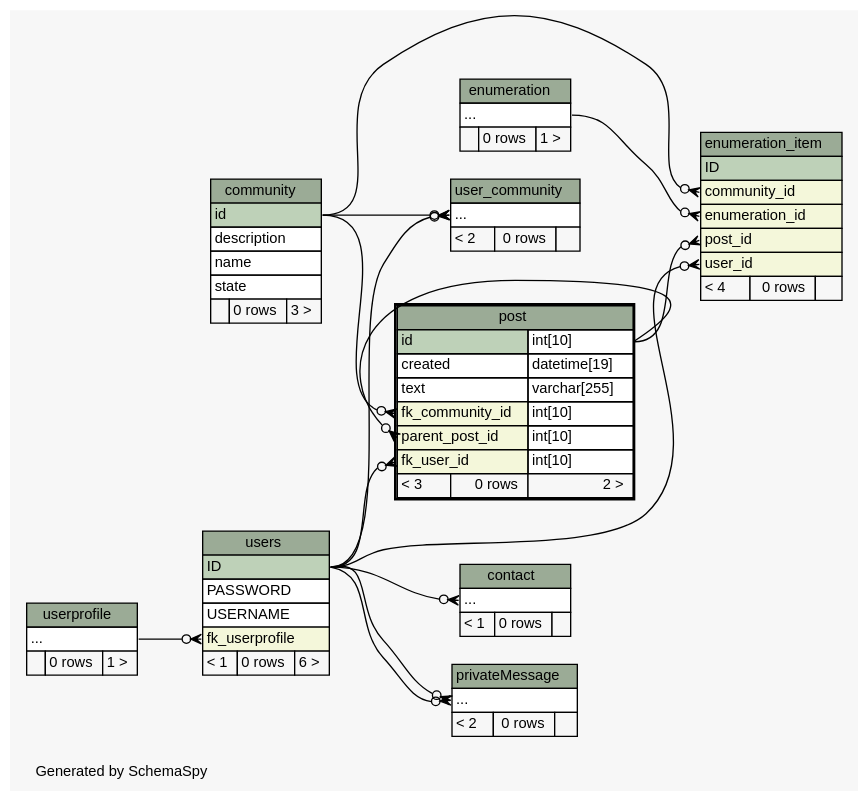
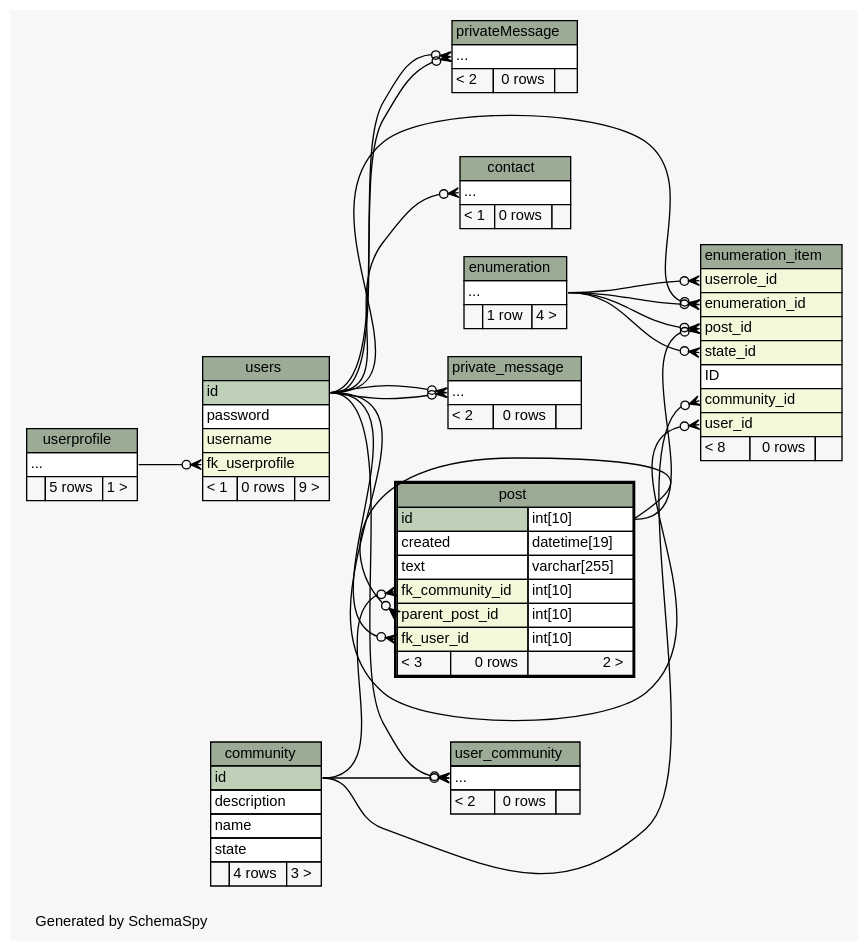
The diagram in doc/db_schema/diagrams/post.2degrees.dot (chr-krenn/chr-krenn-fhj-ws2017-sd17-pse), drawn with Graphviz before and after one commit. The commit also changed 68 other files, not shown here.

Commit message:
update database schema documentation

```diff
--- a/doc/db_schema/diagrams/post.2degrees.dot
+++ b/doc/db_schema/diagrams/post.2degrees.dot
@@ -1,140 +1,158 @@
 // dot 2.40.1 on Linux 4.12.5-300.fc26.x86_64
 // SchemaSpy rev 590
 digraph "twoDegreesRelationshipsDiagram" {
   graph [
     rankdir="RL"
     bgcolor="#f7f7f7"
     label="\nGenerated by SchemaSpy"
     labeljust="l"
     nodesep="0.18"
     ranksep="0.46"
     fontname="Helvetica"
     fontsize="11"
   ];
   node [
     fontname="Helvetica"
     fontsize="11"
     shape="plaintext"
   ];
   edge [
     arrowsize="0.8"
   ];
-  "contact":"elipses":w -> "users":"ID":e [arrowhead=none dir=back arrowtail=crowodot];
+  "contact":"elipses":w -> "users":"id":e [arrowhead=none dir=back arrowtail=crowodot];
   "enumeration_item":"community_id":w -> "community":"id":e [arrowhead=none dir=back arrowtail=crowodot];
   "enumeration_item":"enumeration_id":w -> "enumeration":"elipses":e [arrowhead=none dir=back arrowtail=crowodot];
+  "enumeration_item":"enumeration_id":w -> "users":"id":e [arrowhead=none dir=back arrowtail=crowodot];
+  "enumeration_item":"post_id":w -> "enumeration":"elipses":e [arrowhead=none dir=back arrowtail=crowodot];
   "enumeration_item":"post_id":w -> "post":"id.type":e [arrowhead=none dir=back arrowtail=crowodot];
-  "enumeration_item":"user_id":w -> "users":"ID":e [arrowhead=none dir=back arrowtail=crowodot];
+  "enumeration_item":"state_id":w -> "enumeration":"elipses":e [arrowhead=none dir=back arrowtail=crowodot];
+  "enumeration_item":"user_id":w -> "users":"id":e [arrowhead=none dir=back arrowtail=crowodot];
+  "enumeration_item":"userrole_id":w -> "enumeration":"elipses":e [arrowhead=none dir=back arrowtail=crowodot];
   "post":"fk_community_id":w -> "community":"id":e [arrowhead=none dir=back arrowtail=crowodot];
-  "post":"fk_user_id":w -> "users":"ID":e [arrowhead=none dir=back arrowtail=crowodot];
+  "post":"fk_user_id":w -> "users":"id":e [arrowhead=none dir=back arrowtail=crowodot];
   "post":"parent_post_id":w -> "post":"id.type":e [arrowhead=none dir=back arrowtail=crowodot];
-  "privateMessage":"elipses":w -> "users":"ID":e [arrowhead=none dir=back arrowtail=crowodot];
-  "privateMessage":"elipses":w -> "users":"ID":e [arrowhead=none dir=back arrowtail=crowodot];
-  "user_community":"elipses":w -> "users":"ID":e [arrowhead=none dir=back arrowtail=crowodot];
+  "private_message":"elipses":w -> "users":"id":e [arrowhead=none dir=back arrowtail=crowodot];
+  "private_message":"elipses":w -> "users":"id":e [arrowhead=none dir=back arrowtail=crowodot];
+  "privateMessage":"elipses":w -> "users":"id":e [arrowhead=none dir=back arrowtail=crowodot];
+  "privateMessage":"elipses":w -> "users":"id":e [arrowhead=none dir=back arrowtail=crowodot];
+  "user_community":"elipses":w -> "users":"id":e [arrowhead=none dir=back arrowtail=crowodot];
   "user_community":"elipses":w -> "community":"id":e [arrowhead=none dir=back arrowtail=crowodot];
   "users":"fk_userprofile":w -> "userprofile":"elipses":e [arrowhead=none dir=back arrowtail=crowodot];
   "community" [
     label=<
     <TABLE BORDER="0" CELLBORDER="1" CELLSPACING="0" BGCOLOR="#ffffff">
       <TR><TD COLSPAN="3" BGCOLOR="#9bab96" ALIGN="CENTER">community</TD></TR>
       <TR><TD PORT="id" COLSPAN="3" BGCOLOR="#bed1b8" ALIGN="LEFT">id</TD></TR>
       <TR><TD PORT="description" COLSPAN="3" ALIGN="LEFT">description</TD></TR>
       <TR><TD PORT="name" COLSPAN="3" ALIGN="LEFT">name</TD></TR>
       <TR><TD PORT="state" COLSPAN="3" ALIGN="LEFT">state</TD></TR>
-      <TR><TD ALIGN="LEFT" BGCOLOR="#f7f7f7">  </TD><TD ALIGN="RIGHT" BGCOLOR="#f7f7f7">0 rows</TD><TD ALIGN="RIGHT" BGCOLOR="#f7f7f7">3 &gt;</TD></TR>
+      <TR><TD ALIGN="LEFT" BGCOLOR="#f7f7f7">  </TD><TD ALIGN="RIGHT" BGCOLOR="#f7f7f7">4 rows</TD><TD ALIGN="RIGHT" BGCOLOR="#f7f7f7">3 &gt;</TD></TR>
     </TABLE>>
     URL="community.html"
     tooltip="community"
   ];
   "contact" [
     label=<
     <TABLE BORDER="0" CELLBORDER="1" CELLSPACING="0" BGCOLOR="#ffffff">
       <TR><TD COLSPAN="3" BGCOLOR="#9bab96" ALIGN="CENTER">contact</TD></TR>
       <TR><TD PORT="elipses" COLSPAN="3" ALIGN="LEFT">...</TD></TR>
       <TR><TD ALIGN="LEFT" BGCOLOR="#f7f7f7">&lt; 1</TD><TD ALIGN="RIGHT" BGCOLOR="#f7f7f7">0 rows</TD><TD ALIGN="RIGHT" BGCOLOR="#f7f7f7">  </TD></TR>
     </TABLE>>
     URL="contact.html"
     tooltip="contact"
   ];
   "enumeration" [
     label=<
     <TABLE BORDER="0" CELLBORDER="1" CELLSPACING="0" BGCOLOR="#ffffff">
       <TR><TD COLSPAN="3" BGCOLOR="#9bab96" ALIGN="CENTER">enumeration</TD></TR>
       <TR><TD PORT="elipses" COLSPAN="3" ALIGN="LEFT">...</TD></TR>
-      <TR><TD ALIGN="LEFT" BGCOLOR="#f7f7f7">  </TD><TD ALIGN="RIGHT" BGCOLOR="#f7f7f7">0 rows</TD><TD ALIGN="RIGHT" BGCOLOR="#f7f7f7">1 &gt;</TD></TR>
+      <TR><TD ALIGN="LEFT" BGCOLOR="#f7f7f7">  </TD><TD ALIGN="RIGHT" BGCOLOR="#f7f7f7">1 row</TD><TD ALIGN="RIGHT" BGCOLOR="#f7f7f7">4 &gt;</TD></TR>
     </TABLE>>
     URL="enumeration.html"
     tooltip="enumeration"
   ];
   "enumeration_item" [
     label=<
     <TABLE BORDER="0" CELLBORDER="1" CELLSPACING="0" BGCOLOR="#ffffff">
       <TR><TD COLSPAN="3" BGCOLOR="#9bab96" ALIGN="CENTER">enumeration_item</TD></TR>
-      <TR><TD PORT="ID" COLSPAN="3" BGCOLOR="#bed1b8" ALIGN="LEFT">ID</TD></TR>
-      <TR><TD PORT="community_id" COLSPAN="3" BGCOLOR="#f4f7da" ALIGN="LEFT">community_id</TD></TR>
+      <TR><TD PORT="userrole_id" COLSPAN="3" BGCOLOR="#f4f7da" ALIGN="LEFT">userrole_id</TD></TR>
       <TR><TD PORT="enumeration_id" COLSPAN="3" BGCOLOR="#f4f7da" ALIGN="LEFT">enumeration_id</TD></TR>
       <TR><TD PORT="post_id" COLSPAN="3" BGCOLOR="#f4f7da" ALIGN="LEFT">post_id</TD></TR>
+      <TR><TD PORT="state_id" COLSPAN="3" BGCOLOR="#f4f7da" ALIGN="LEFT">state_id</TD></TR>
+      <TR><TD PORT="ID" COLSPAN="3" ALIGN="LEFT">ID</TD></TR>
+      <TR><TD PORT="community_id" COLSPAN="3" BGCOLOR="#f4f7da" ALIGN="LEFT">community_id</TD></TR>
       <TR><TD PORT="user_id" COLSPAN="3" BGCOLOR="#f4f7da" ALIGN="LEFT">user_id</TD></TR>
-      <TR><TD ALIGN="LEFT" BGCOLOR="#f7f7f7">&lt; 4</TD><TD ALIGN="RIGHT" BGCOLOR="#f7f7f7">0 rows</TD><TD ALIGN="RIGHT" BGCOLOR="#f7f7f7">  </TD></TR>
+      <TR><TD ALIGN="LEFT" BGCOLOR="#f7f7f7">&lt; 8</TD><TD ALIGN="RIGHT" BGCOLOR="#f7f7f7">0 rows</TD><TD ALIGN="RIGHT" BGCOLOR="#f7f7f7">  </TD></TR>
     </TABLE>>
     URL="enumeration_item.html"
     tooltip="enumeration_item"
   ];
   "post" [
     label=<
     <TABLE BORDER="2" CELLBORDER="1" CELLSPACING="0" BGCOLOR="#ffffff">
       <TR><TD COLSPAN="3" BGCOLOR="#9bab96" ALIGN="CENTER">post</TD></TR>
       <TR><TD PORT="id" COLSPAN="2" BGCOLOR="#bed1b8" ALIGN="LEFT">id</TD><TD PORT="id.type" ALIGN="LEFT">int[10]</TD></TR>
       <TR><TD PORT="created" COLSPAN="2" ALIGN="LEFT">created</TD><TD PORT="created.type" ALIGN="LEFT">datetime[19]</TD></TR>
       <TR><TD PORT="text" COLSPAN="2" ALIGN="LEFT">text</TD><TD PORT="text.type" ALIGN="LEFT">varchar[255]</TD></TR>
       <TR><TD PORT="fk_community_id" COLSPAN="2" BGCOLOR="#f4f7da" ALIGN="LEFT">fk_community_id</TD><TD PORT="fk_community_id.type" ALIGN="LEFT">int[10]</TD></TR>
       <TR><TD PORT="parent_post_id" COLSPAN="2" BGCOLOR="#f4f7da" ALIGN="LEFT">parent_post_id</TD><TD PORT="parent_post_id.type" ALIGN="LEFT">int[10]</TD></TR>
       <TR><TD PORT="fk_user_id" COLSPAN="2" BGCOLOR="#f4f7da" ALIGN="LEFT">fk_user_id</TD><TD PORT="fk_user_id.type" ALIGN="LEFT">int[10]</TD></TR>
       <TR><TD ALIGN="LEFT" BGCOLOR="#f7f7f7">&lt; 3</TD><TD ALIGN="RIGHT" BGCOLOR="#f7f7f7">0 rows</TD><TD ALIGN="RIGHT" BGCOLOR="#f7f7f7">2 &gt;</TD></TR>
     </TABLE>>
     URL="post.html"
     tooltip="post"
+  ];
+  "private_message" [
+    label=<
+    <TABLE BORDER="0" CELLBORDER="1" CELLSPACING="0" BGCOLOR="#ffffff">
+      <TR><TD COLSPAN="3" BGCOLOR="#9bab96" ALIGN="CENTER">private_message</TD></TR>
+      <TR><TD PORT="elipses" COLSPAN="3" ALIGN="LEFT">...</TD></TR>
+      <TR><TD ALIGN="LEFT" BGCOLOR="#f7f7f7">&lt; 2</TD><TD ALIGN="RIGHT" BGCOLOR="#f7f7f7">0 rows</TD><TD ALIGN="RIGHT" BGCOLOR="#f7f7f7">  </TD></TR>
+    </TABLE>>
+    URL="private_message.html"
+    tooltip="private_message"
   ];
   "privateMessage" [
     label=<
     <TABLE BORDER="0" CELLBORDER="1" CELLSPACING="0" BGCOLOR="#ffffff">
       <TR><TD COLSPAN="3" BGCOLOR="#9bab96" ALIGN="CENTER">privateMessage</TD></TR>
       <TR><TD PORT="elipses" COLSPAN="3" ALIGN="LEFT">...</TD></TR>
       <TR><TD ALIGN="LEFT" BGCOLOR="#f7f7f7">&lt; 2</TD><TD ALIGN="RIGHT" BGCOLOR="#f7f7f7">0 rows</TD><TD ALIGN="RIGHT" BGCOLOR="#f7f7f7">  </TD></TR>
     </TABLE>>
     URL="privateMessage.html"
     tooltip="privateMessage"
   ];
   "user_community" [
     label=<
     <TABLE BORDER="0" CELLBORDER="1" CELLSPACING="0" BGCOLOR="#ffffff">
       <TR><TD COLSPAN="3" BGCOLOR="#9bab96" ALIGN="CENTER">user_community</TD></TR>
       <TR><TD PORT="elipses" COLSPAN="3" ALIGN="LEFT">...</TD></TR>
       <TR><TD ALIGN="LEFT" BGCOLOR="#f7f7f7">&lt; 2</TD><TD ALIGN="RIGHT" BGCOLOR="#f7f7f7">0 rows</TD><TD ALIGN="RIGHT" BGCOLOR="#f7f7f7">  </TD></TR>
     </TABLE>>
     URL="user_community.html"
     tooltip="user_community"
   ];
   "userprofile" [
     label=<
     <TABLE BORDER="0" CELLBORDER="1" CELLSPACING="0" BGCOLOR="#ffffff">
       <TR><TD COLSPAN="3" BGCOLOR="#9bab96" ALIGN="CENTER">userprofile</TD></TR>
       <TR><TD PORT="elipses" COLSPAN="3" ALIGN="LEFT">...</TD></TR>
-      <TR><TD ALIGN="LEFT" BGCOLOR="#f7f7f7">  </TD><TD ALIGN="RIGHT" BGCOLOR="#f7f7f7">0 rows</TD><TD ALIGN="RIGHT" BGCOLOR="#f7f7f7">1 &gt;</TD></TR>
+      <TR><TD ALIGN="LEFT" BGCOLOR="#f7f7f7">  </TD><TD ALIGN="RIGHT" BGCOLOR="#f7f7f7">5 rows</TD><TD ALIGN="RIGHT" BGCOLOR="#f7f7f7">1 &gt;</TD></TR>
     </TABLE>>
     URL="userprofile.html"
     tooltip="userprofile"
   ];
   "users" [
     label=<
     <TABLE BORDER="0" CELLBORDER="1" CELLSPACING="0" BGCOLOR="#ffffff">
       <TR><TD COLSPAN="3" BGCOLOR="#9bab96" ALIGN="CENTER">users</TD></TR>
-      <TR><TD PORT="ID" COLSPAN="3" BGCOLOR="#bed1b8" ALIGN="LEFT">ID</TD></TR>
-      <TR><TD PORT="PASSWORD" COLSPAN="3" ALIGN="LEFT">PASSWORD</TD></TR>
-      <TR><TD PORT="USERNAME" COLSPAN="3" ALIGN="LEFT">USERNAME</TD></TR>
+      <TR><TD PORT="id" COLSPAN="3" BGCOLOR="#bed1b8" ALIGN="LEFT">id</TD></TR>
+      <TR><TD PORT="password" COLSPAN="3" ALIGN="LEFT">password</TD></TR>
+      <TR><TD PORT="username" COLSPAN="3" BGCOLOR="#f4f7da" ALIGN="LEFT">username</TD></TR>
       <TR><TD PORT="fk_userprofile" COLSPAN="3" BGCOLOR="#f4f7da" ALIGN="LEFT">fk_userprofile</TD></TR>
-      <TR><TD ALIGN="LEFT" BGCOLOR="#f7f7f7">&lt; 1</TD><TD ALIGN="RIGHT" BGCOLOR="#f7f7f7">0 rows</TD><TD ALIGN="RIGHT" BGCOLOR="#f7f7f7">6 &gt;</TD></TR>
+      <TR><TD ALIGN="LEFT" BGCOLOR="#f7f7f7">&lt; 1</TD><TD ALIGN="RIGHT" BGCOLOR="#f7f7f7">0 rows</TD><TD ALIGN="RIGHT" BGCOLOR="#f7f7f7">9 &gt;</TD></TR>
     </TABLE>>
     URL="users.html"
     tooltip="users"
   ];
 }
```
